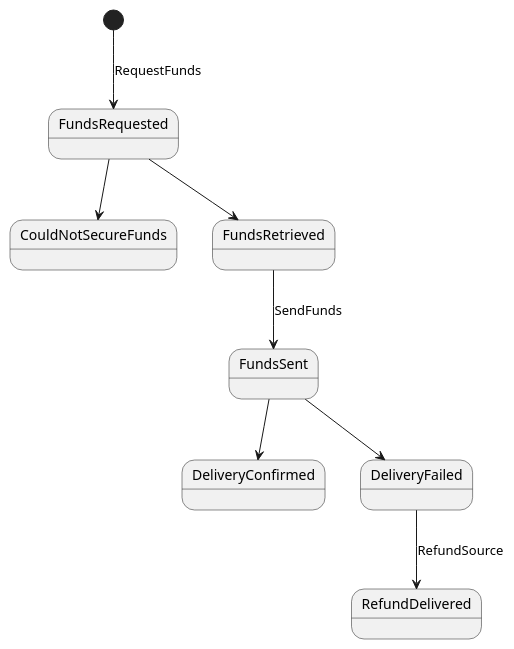
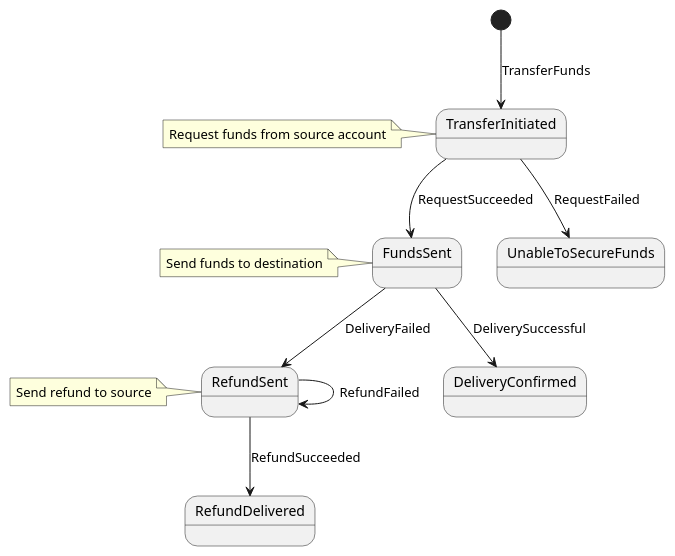
The diagram in docs/WireTransferState.puml (RedElastic/reactive-stock-trader), drawn with PlantUML before and after one commit. The commit also changed 7 other files, not shown here.

```diff
--- a/docs/WireTransferState.puml
+++ b/docs/WireTransferState.puml
@@ -1,12 +1,21 @@
 @startuml
 !pragma teoz true
 
-[*] --> FundsRequested : RequestFunds
-FundsRequested --> CouldNotSecureFunds
-FundsRequested --> FundsRetrieved
-FundsRetrieved --> FundsSent : SendFunds
-FundsSent --> DeliveryConfirmed
-FundsSent --> DeliveryFailed
-DeliveryFailed --> RefundDelivered : RefundSource
+[*] --> TransferInitiated : TransferFunds
+note left of TransferInitiated
+  Request funds from source account
+end note
+TransferInitiated --> UnableToSecureFunds : RequestFailed
+TransferInitiated --> FundsSent : RequestSucceeded
+note left of FundsSent
+  Send funds to destination
+end note
+FundsSent --> DeliveryConfirmed : DeliverySuccessful
+FundsSent --> RefundSent : DeliveryFailed
+note left of RefundSent
+  Send refund to source
+end note
+RefundSent --> RefundSent : RefundFailed
+RefundSent --> RefundDelivered : RefundSucceeded
 
 @enduml
```
